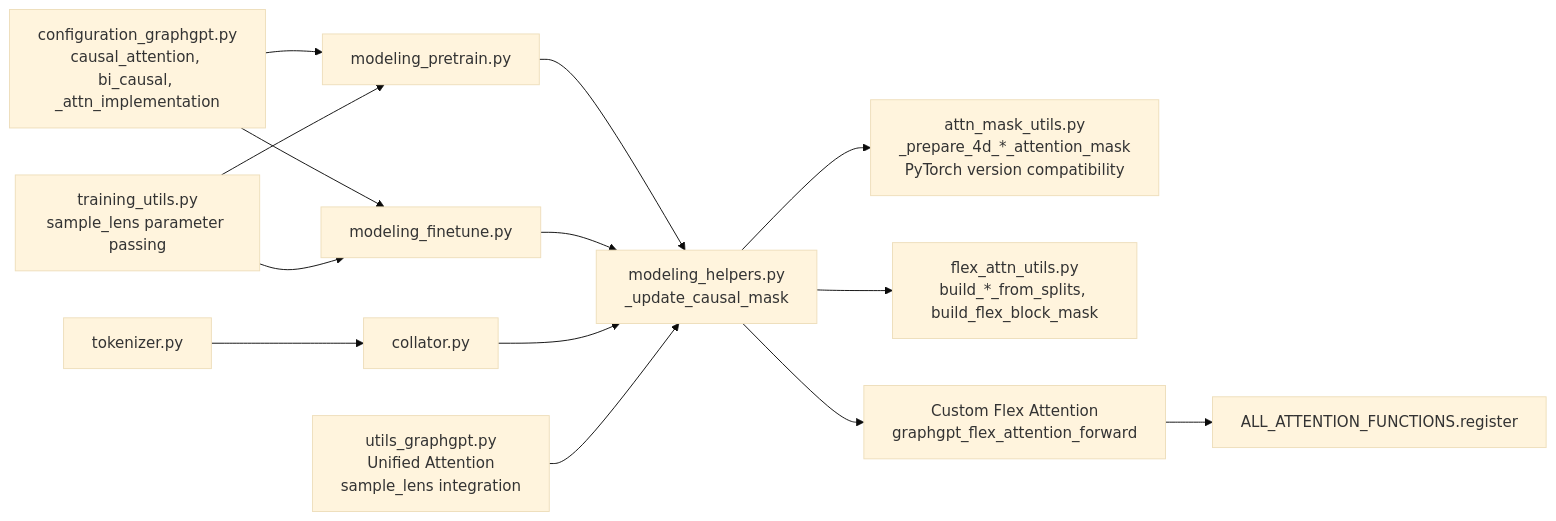
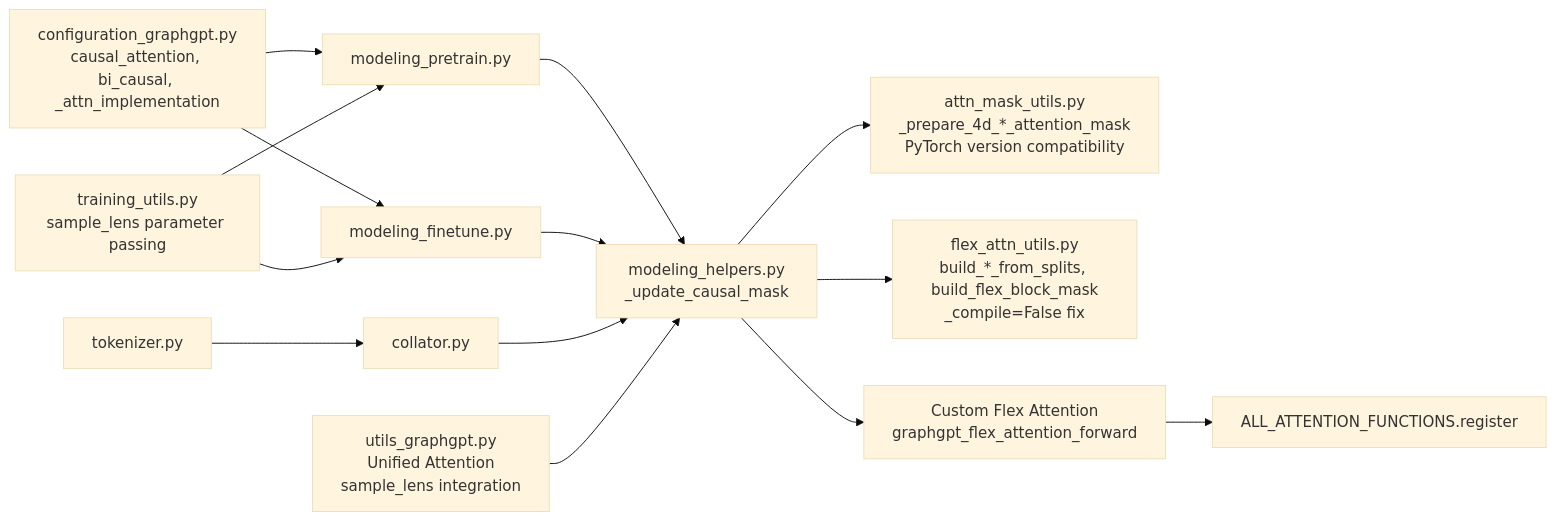
One commit to alibaba/graph-gpt changed diagram 12 of 12 in .qoder/repowiki/en/content/Utility Functions/Attention Mask Utilities.md. Above: the diagram before and after it, drawn with Mermaid (base theme). The commit also changed other lines of this file and 4 other files, not shown here.

````diff
--- a/.qoder/repowiki/en/content/Utility Functions/Attention Mask Utilities.md
+++ b/.qoder/repowiki/en/content/Utility Functions/Attention Mask Utilities.md
@@ -628,16 +630,16 @@
 ```mermaid
 graph LR
 CFG["configuration_graphgpt.py<br/>causal_attention, bi_causal, _attn_implementation"] --> M1["modeling_pretrain.py"]
 CFG --> M2["modeling_finetune.py"]
 M1 --> H["modeling_helpers.py<br/>_update_causal_mask"]
 M2 --> H
 H --> U1["attn_mask_utils.py<br/>_prepare_4d_*_attention_mask<br/>PyTorch version compatibility"]
-H --> U2["flex_attn_utils.py<br/>build_*_from_splits, build_flex_block_mask"]
+H --> U2["flex_attn_utils.py<br/>build_*_from_splits, build_flex_block_mask<br/>_compile=False fix"]
 H --> CF["Custom Flex Attention<br/>graphgpt_flex_attention_forward"]
 T["tokenizer.py"] --> C["collator.py"]
 C --> H
 CF --> AF["ALL_ATTENTION_FUNCTIONS.register"]
 U3["utils_graphgpt.py<br/>Unified Attention<br/>sample_lens integration"] --> H
 TU["training_utils.py<br/>sample_lens parameter passing"] --> M1
 TU --> M2
 ```
````
